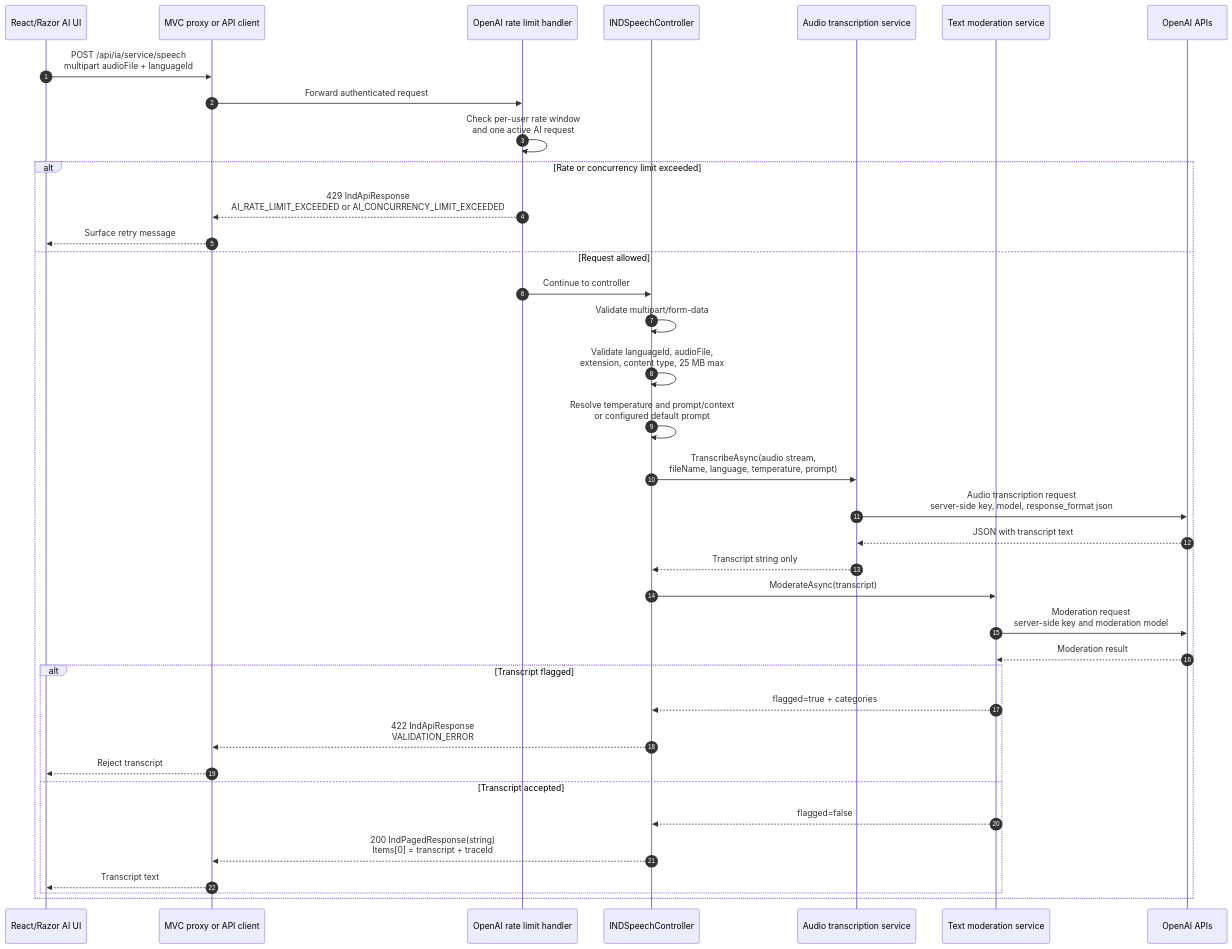
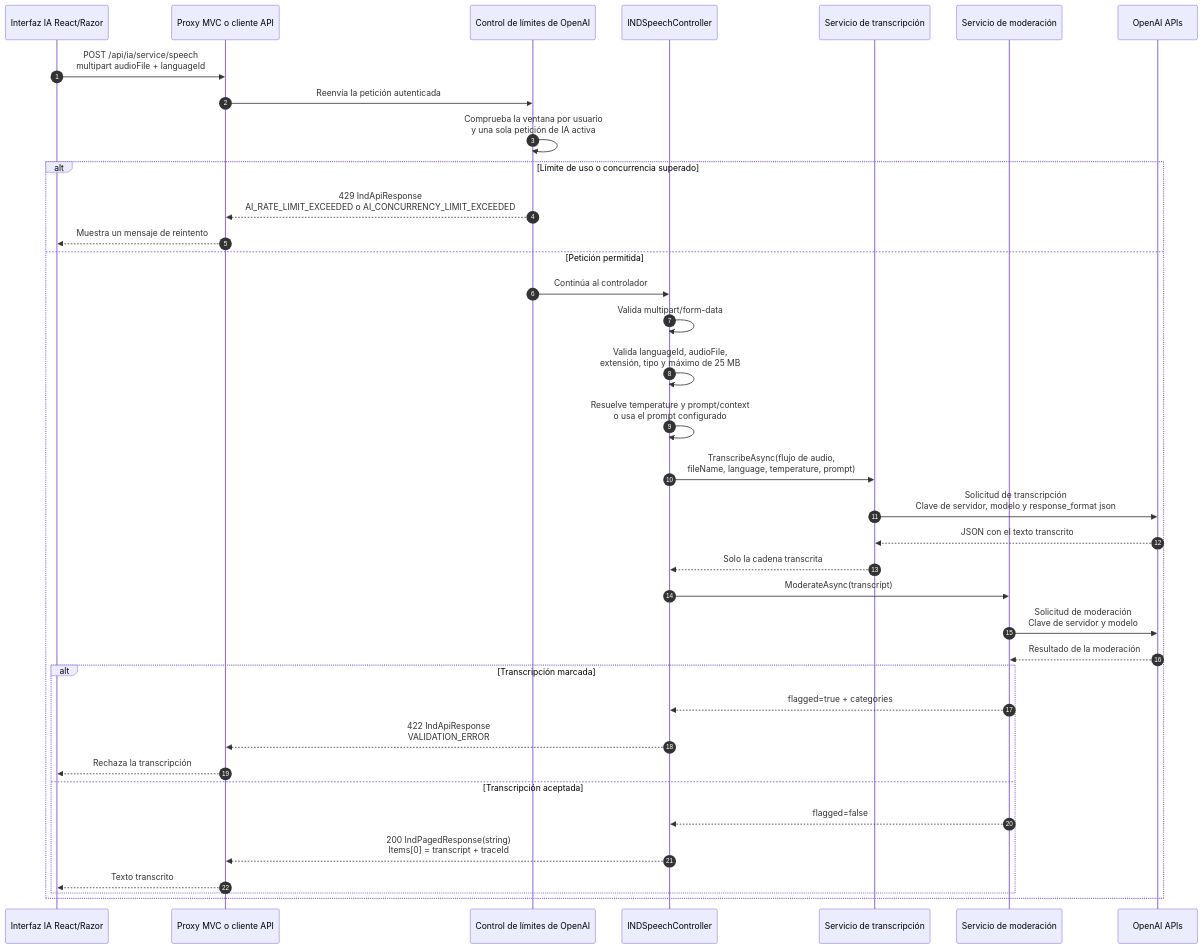
The diagram in docs/architecture/diagrams/technical/ai/ai-audio-transcription-sequence.mmd (INDMAME/IND_CRM_API), drawn with Mermaid before and after one commit. The commit also changed 314 other files, not shown here.

```diff
--- a/docs/architecture/diagrams/technical/ai/ai-audio-transcription-sequence.mmd
+++ b/docs/architecture/diagrams/technical/ai/ai-audio-transcription-sequence.mmd
@@ -1,40 +1,40 @@
 sequenceDiagram
   autonumber
-  participant Ui as React/Razor AI UI
-  participant Proxy as MVC proxy or API client
-  participant Limit as OpenAI rate limit handler
+  participant Ui as Interfaz IA React/Razor
+  participant Proxy as Proxy MVC o cliente API
+  participant Limit as Control de límites de OpenAI
   participant Api as INDSpeechController
-  participant Speech as Audio transcription service
-  participant Mod as Text moderation service
+  participant Speech as Servicio de transcripción
+  participant Mod as Servicio de moderación
   participant OpenAI as OpenAI APIs
 
   Ui->>Proxy: POST /api/ia/service/speech<br/>multipart audioFile + languageId
-  Proxy->>Limit: Forward authenticated request
-  Limit->>Limit: Check per-user rate window<br/>and one active AI request
+  Proxy->>Limit: Reenvía la petición autenticada
+  Limit->>Limit: Comprueba la ventana por usuario<br/>y una sola petición de IA activa
 
-  alt Rate or concurrency limit exceeded
-    Limit-->>Proxy: 429 IndApiResponse<br/>AI_RATE_LIMIT_EXCEEDED or AI_CONCURRENCY_LIMIT_EXCEEDED
-    Proxy-->>Ui: Surface retry message
-  else Request allowed
-    Limit->>Api: Continue to controller
-    Api->>Api: Validate multipart/form-data
-    Api->>Api: Validate languageId, audioFile,<br/>extension, content type, 25 MB max
-    Api->>Api: Resolve temperature and prompt/context<br/>or configured default prompt
-    Api->>Speech: TranscribeAsync(audio stream,<br/>fileName, language, temperature, prompt)
-    Speech->>OpenAI: Audio transcription request<br/>server-side key, model, response_format json
-    OpenAI-->>Speech: JSON with transcript text
-    Speech-->>Api: Transcript string only
+  alt Límite de uso o concurrencia superado
+    Limit-->>Proxy: 429 IndApiResponse<br/>AI_RATE_LIMIT_EXCEEDED o AI_CONCURRENCY_LIMIT_EXCEEDED
+    Proxy-->>Ui: Muestra un mensaje de reintento
+  else Petición permitida
+    Limit->>Api: Continúa al controlador
+    Api->>Api: Valida multipart/form-data
+    Api->>Api: Valida languageId, audioFile,<br/>extensión, tipo y máximo de 25 MB
+    Api->>Api: Resuelve temperature y prompt/context<br/>o usa el prompt configurado
+    Api->>Speech: TranscribeAsync(flujo de audio,<br/>fileName, language, temperature, prompt)
+    Speech->>OpenAI: Solicitud de transcripción<br/>Clave de servidor, modelo y response_format json
+    OpenAI-->>Speech: JSON con el texto transcrito
+    Speech-->>Api: Solo la cadena transcrita
     Api->>Mod: ModerateAsync(transcript)
-    Mod->>OpenAI: Moderation request<br/>server-side key and moderation model
-    OpenAI-->>Mod: Moderation result
+    Mod->>OpenAI: Solicitud de moderación<br/>Clave de servidor y modelo
+    OpenAI-->>Mod: Resultado de la moderación
 
-    alt Transcript flagged
+    alt Transcripción marcada
       Mod-->>Api: flagged=true + categories
       Api-->>Proxy: 422 IndApiResponse<br/>VALIDATION_ERROR
-      Proxy-->>Ui: Reject transcript
-    else Transcript accepted
+      Proxy-->>Ui: Rechaza la transcripción
+    else Transcripción aceptada
       Mod-->>Api: flagged=false
       Api-->>Proxy: 200 IndPagedResponse(string)<br/>Items[0] = transcript + traceId
-      Proxy-->>Ui: Transcript text
+      Proxy-->>Ui: Texto transcrito
     end
   end
```
